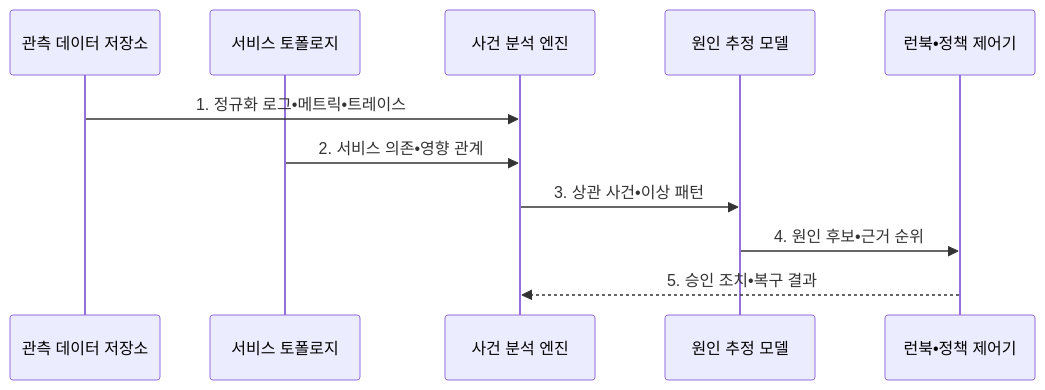
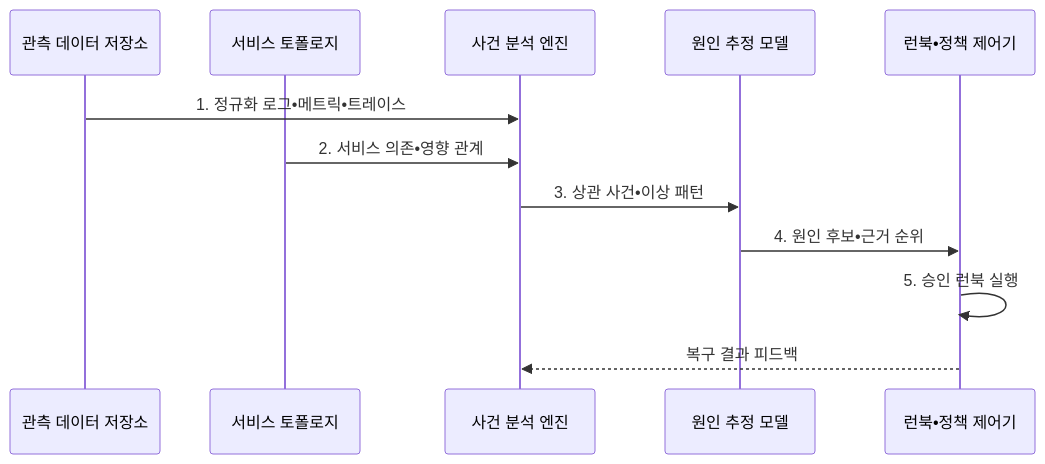
The second of 2 diagrams in src/content/docs/notes/08-latest-tech/130_aiops.md (agnusdei1207/knowledge-base), drawn with Mermaid before and after one commit. The commit also changed other lines of this file and 14 other files, not shown here.

````diff
--- a/src/content/docs/notes/08-latest-tech/130_aiops.md
+++ b/src/content/docs/notes/08-latest-tech/130_aiops.md
@@ -107,13 +107,14 @@
 ```mermaid
 sequenceDiagram
   participant T as 관측 데이터 저장소
   participant S as 서비스 토폴로지
   participant I as 사건 분석 엔진
   participant C as 원인 추정 모델
   participant R as 런북•정책 제어기
   T->>I: 1. 정규화 로그•메트릭•트레이스
   S->>I: 2. 서비스 의존•영향 관계
   I->>C: 3. 상관 사건•이상 패턴
   C->>R: 4. 원인 후보•근거 순위
-  R-->>I: 5. 승인 조치•복구 결과
+  R->>R: 5. 승인 런북 실행
+  R-->>I: 복구 결과 피드백
 ```
````
